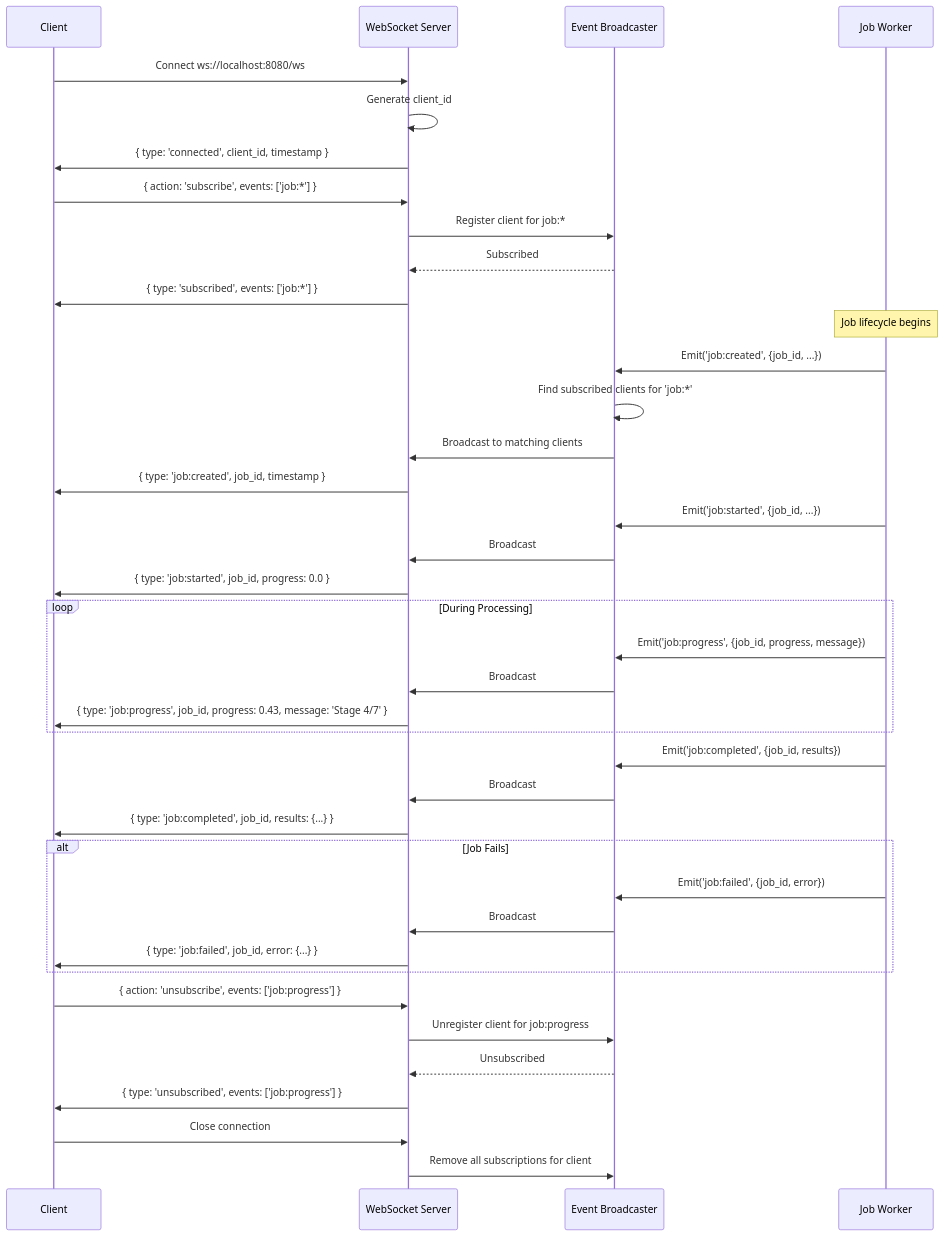
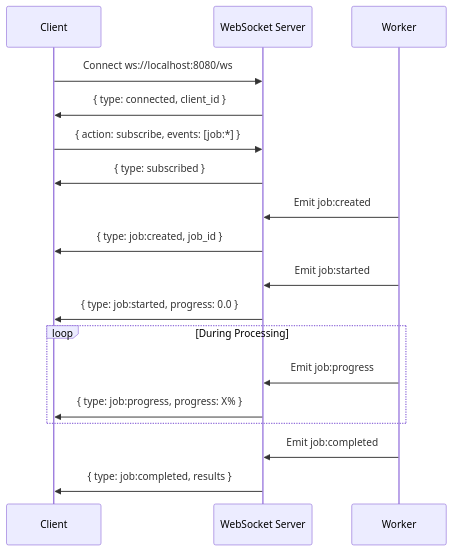
The fifth of 7 diagrams in docs/dashboard_ui/DATAFLOW_DIAGRAMS.md (integritystudio/AlephAuto), drawn with Mermaid before and after one commit. The commit also changed other lines of this file and 1 other file, not shown here.

First line of the commit message:
docs(dashboard): condense DASHBOARD.md and DATAFLOW_DIAGRAMS.md, add changelog

````diff
--- a/docs/dashboard_ui/DATAFLOW_DIAGRAMS.md
+++ b/docs/dashboard_ui/DATAFLOW_DIAGRAMS.md
@@ -763,51 +256,24 @@
 ```mermaid
 sequenceDiagram
     participant Client
     participant WSServer as WebSocket Server
-    participant EventBus as Event Broadcaster
-    participant Worker as Job Worker
+    participant Worker
 
     Client->>WSServer: Connect ws://localhost:8080/ws
-    WSServer->>WSServer: Generate client_id
-    WSServer->>Client: { type: 'connected', client_id, timestamp }
+    WSServer->>Client: { type: connected, client_id }
+    Client->>WSServer: { action: subscribe, events: [job:*] }
+    WSServer->>Client: { type: subscribed }
 
-    Client->>WSServer: { action: 'subscribe', events: ['job:*'] }
-    WSServer->>EventBus: Register client for job:*
-    EventBus-->>WSServer: Subscribed
-    WSServer->>Client: { type: 'subscribed', events: ['job:*'] }
-
-    Note over Worker: Job lifecycle begins
-
-    Worker->>EventBus: Emit('job:created', {job_id, ...})
-    EventBus->>EventBus: Find subscribed clients for 'job:*'
-    EventBus->>WSServer: Broadcast to matching clients
-    WSServer->>Client: { type: 'job:created', job_id, timestamp }
-
-    Worker->>EventBus: Emit('job:started', {job_id, ...})
-    EventBus->>WSServer: Broadcast
-    WSServer->>Client: { type: 'job:started', job_id, progress: 0.0 }
+    Worker->>WSServer: Emit job:created
+    WSServer->>Client: { type: job:created, job_id }
+    Worker->>WSServer: Emit job:started
+    WSServer->>Client: { type: job:started, progress: 0.0 }
 
     loop During Processing
-        Worker->>EventBus: Emit('job:progress', {job_id, progress, message})
-        EventBus->>WSServer: Broadcast
-        WSServer->>Client: { type: 'job:progress', job_id, progress: 0.43, message: 'Stage 4/7' }
+        Worker->>WSServer: Emit job:progress
+        WSServer->>Client: { type: job:progress, progress: X% }
     end
 
-    Worker->>EventBus: Emit('job:completed', {job_id, results})
-    EventBus->>WSServer: Broadcast
-    WSServer->>Client: { type: 'job:completed', job_id, results: {...} }
-
-    alt Job Fails
-        Worker->>EventBus: Emit('job:failed', {job_id, error})
-        EventBus->>WSServer: Broadcast
-        WSServer->>Client: { type: 'job:failed', job_id, error: {...} }
-    end
-
-    Client->>WSServer: { action: 'unsubscribe', events: ['job:progress'] }
-    WSServer->>EventBus: Unregister client for job:progress
-    EventBus-->>WSServer: Unsubscribed
-    WSServer->>Client: { type: 'unsubscribed', events: ['job:progress'] }
-
-    Client->>WSServer: Close connection
-    WSServer->>EventBus: Remove all subscriptions for client
+    Worker->>WSServer: Emit job:completed
+    WSServer->>Client: { type: job:completed, results }
 ```
````
